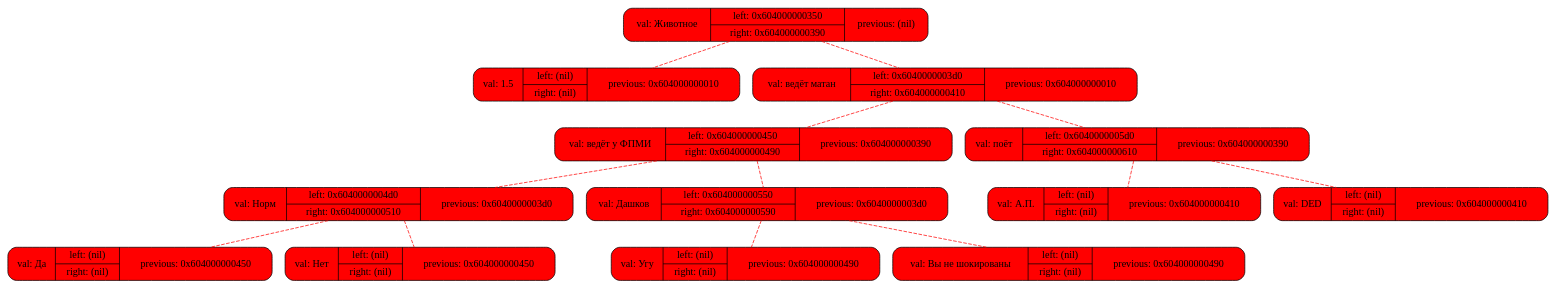
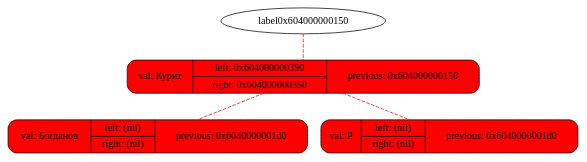
Before and after one commit to ThreadJava800/Akinator: the diagram in temp.dot, drawn with Graphviz. The commit also changed 5 other files, not shown here.

```diff
--- a/temp.dot
+++ b/temp.dot
@@ -1,16 +1,6 @@
 digraph tree {
 	rankdir=HR;
-	label0x604000000010[shape=record, style="rounded, filled", fillcolor=red, label="{ {val: Животное | {left: 0x604000000350 | right: 0x604000000390} | previous: (nil) }}"];
-	label0x604000000350[shape=record, style="rounded, filled", fillcolor=red, label="{ {val: 1.5 | {left: (nil) | right: (nil)} | previous: 0x604000000010 }}"];
-	label0x604000000010->label0x604000000350 [color="red", style="dashed",arrowhead="none"]	label0x604000000390[shape=record, style="rounded, filled", fillcolor=red, label="{ {val: ведёт матан | {left: 0x6040000003d0 | right: 0x604000000410} | previous: 0x604000000010 }}"];
-	label0x604000000010->label0x604000000390 [color="red", style="dashed",arrowhead="none"]	label0x6040000003d0[shape=record, style="rounded, filled", fillcolor=red, label="{ {val: ведёт у ФПМИ | {left: 0x604000000450 | right: 0x604000000490} | previous: 0x604000000390 }}"];
-	label0x604000000390->label0x6040000003d0 [color="red", style="dashed",arrowhead="none"]	label0x604000000450[shape=record, style="rounded, filled", fillcolor=red, label="{ {val: Норм | {left: 0x6040000004d0 | right: 0x604000000510} | previous: 0x6040000003d0 }}"];
-	label0x6040000003d0->label0x604000000450 [color="red", style="dashed",arrowhead="none"]	label0x6040000004d0[shape=record, style="rounded, filled", fillcolor=red, label="{ {val: Да | {left: (nil) | right: (nil)} | previous: 0x604000000450 }}"];
-	label0x604000000450->label0x6040000004d0 [color="red", style="dashed",arrowhead="none"]	label0x604000000510[shape=record, style="rounded, filled", fillcolor=red, label="{ {val: Нет | {left: (nil) | right: (nil)} | previous: 0x604000000450 }}"];
-	label0x604000000450->label0x604000000510 [color="red", style="dashed",arrowhead="none"]	label0x604000000490[shape=record, style="rounded, filled", fillcolor=red, label="{ {val: Дашков | {left: 0x604000000550 | right: 0x604000000590} | previous: 0x6040000003d0 }}"];
-	label0x6040000003d0->label0x604000000490 [color="red", style="dashed",arrowhead="none"]	label0x604000000550[shape=record, style="rounded, filled", fillcolor=red, label="{ {val: Угу | {left: (nil) | right: (nil)} | previous: 0x604000000490 }}"];
-	label0x604000000490->label0x604000000550 [color="red", style="dashed",arrowhead="none"]	label0x604000000590[shape=record, style="rounded, filled", fillcolor=red, label="{ {val: Вы не шокированы | {left: (nil) | right: (nil)} | previous: 0x604000000490 }}"];
-	label0x604000000490->label0x604000000590 [color="red", style="dashed",arrowhead="none"]	label0x604000000410[shape=record, style="rounded, filled", fillcolor=red, label="{ {val: поёт | {left: 0x6040000005d0 | right: 0x604000000610} | previous: 0x604000000390 }}"];
-	label0x604000000390->label0x604000000410 [color="red", style="dashed",arrowhead="none"]	label0x6040000005d0[shape=record, style="rounded, filled", fillcolor=red, label="{ {val: А.П. | {left: (nil) | right: (nil)} | previous: 0x604000000410 }}"];
-	label0x604000000410->label0x6040000005d0 [color="red", style="dashed",arrowhead="none"]	label0x604000000610[shape=record, style="rounded, filled", fillcolor=red, label="{ {val: DED | {left: (nil) | right: (nil)} | previous: 0x604000000410 }}"];
-	label0x604000000410->label0x604000000610 [color="red", style="dashed",arrowhead="none"]}
+	label0x6040000001d0[shape=record, style="rounded, filled", fillcolor=red, label="{ {val: Курит | {left: 0x604000000390 | right: 0x604000000350} | previous: 0x604000000150 }}"];
+	label0x604000000150->label0x6040000001d0 [color="red", style="dashed",arrowhead="none"]	label0x604000000390[shape=record, style="rounded, filled", fillcolor=red, label="{ {val: Богданов | {left: (nil) | right: (nil)} | previous: 0x6040000001d0 }}"];
+	label0x6040000001d0->label0x604000000390 [color="red", style="dashed",arrowhead="none"]	label0x604000000350[shape=record, style="rounded, filled", fillcolor=red, label="{ {val: Р | {left: (nil) | right: (nil)} | previous: 0x6040000001d0 }}"];
+	label0x6040000001d0->label0x604000000350 [color="red", style="dashed",arrowhead="none"]}
```
